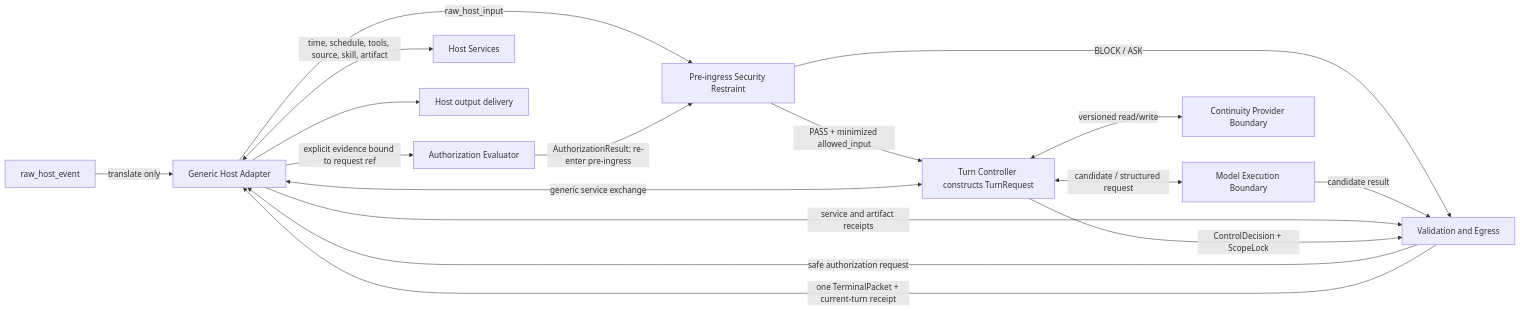
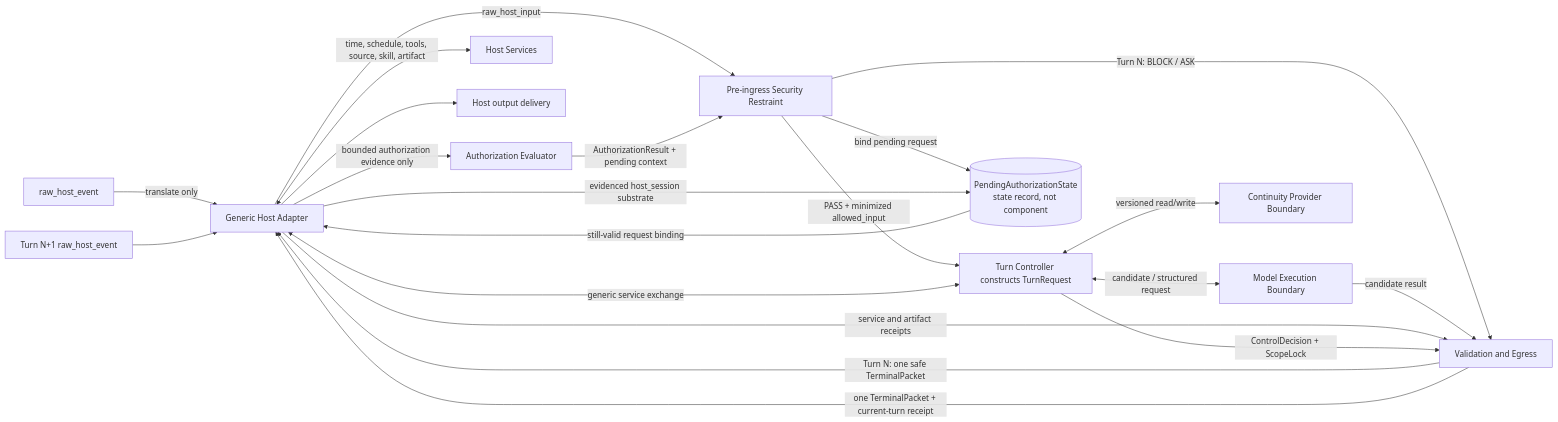
One commit to blueprintsage/Blu_Core changed the diagram in docs/architecture/successor_component_graph.md. Above: the diagram before and after it, drawn with Mermaid. The commit also changed other lines of this file and 24 other files, not shown here.

Commit message:
fix(BC-018-C1): define evidenced cross-turn security state

````diff
--- a/docs/architecture/successor_component_graph.md
+++ b/docs/architecture/successor_component_graph.md
@@ -10,19 +11,23 @@
 ```mermaid
 flowchart LR
     Host["raw_host_event"] -->|"translate only"| Adapter["Generic Host Adapter"]
     Adapter -->|"raw_host_input"| OPSEC["Pre-ingress Security Restraint"]
     OPSEC -->|"PASS + minimized allowed_input"| Controller["Turn Controller constructs TurnRequest"]
-    OPSEC -->|"BLOCK / ASK"| Egress["Validation and Egress"]
-    Egress -->|"safe authorization request"| Adapter
-    Adapter -->|"explicit evidence bound to request ref"| Auth["Authorization Evaluator"]
-    Auth -->|"AuthorizationResult: re-enter pre-ingress"| OPSEC
+    OPSEC -->|"Turn N: BLOCK / ASK"| Egress["Validation and Egress"]
+    Egress -->|"Turn N: one safe TerminalPacket"| Adapter
+    OPSEC -->|"bind pending request"| Pending[("PendingAuthorizationState\nstate record, not component")]
+    Adapter -->|"evidenced host_session substrate"| Pending
+    NextHost["Turn N+1 raw_host_event"] --> Adapter
+    Pending -->|"still-valid request binding"| Adapter
+    Adapter -->|"bounded authorization evidence only"| Auth["Authorization Evaluator"]
+    Auth -->|"AuthorizationResult + pending context"| OPSEC
     Controller <-->|"candidate / structured request"| Model["Model Execution Boundary"]
     Controller <-->|"generic service exchange"| Adapter
     Adapter <-->|"time, schedule, tools, source, skill, artifact"| Services["Host Services"]
     Controller <-->|"versioned read/write"| Continuity["Continuity Provider Boundary"]
     Model -->|"candidate result"| Egress
     Adapter -->|"service and artifact receipts"| Egress
     Controller -->|"ControlDecision + ScopeLock"| Egress
     Egress -->|"one TerminalPacket + current-turn receipt"| Adapter
     Adapter --> Output["Host output delivery"]
 ```
````
